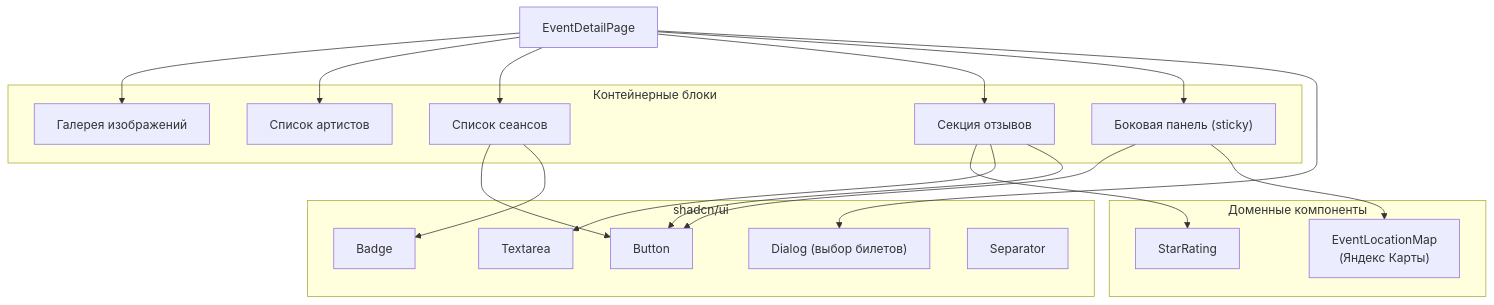
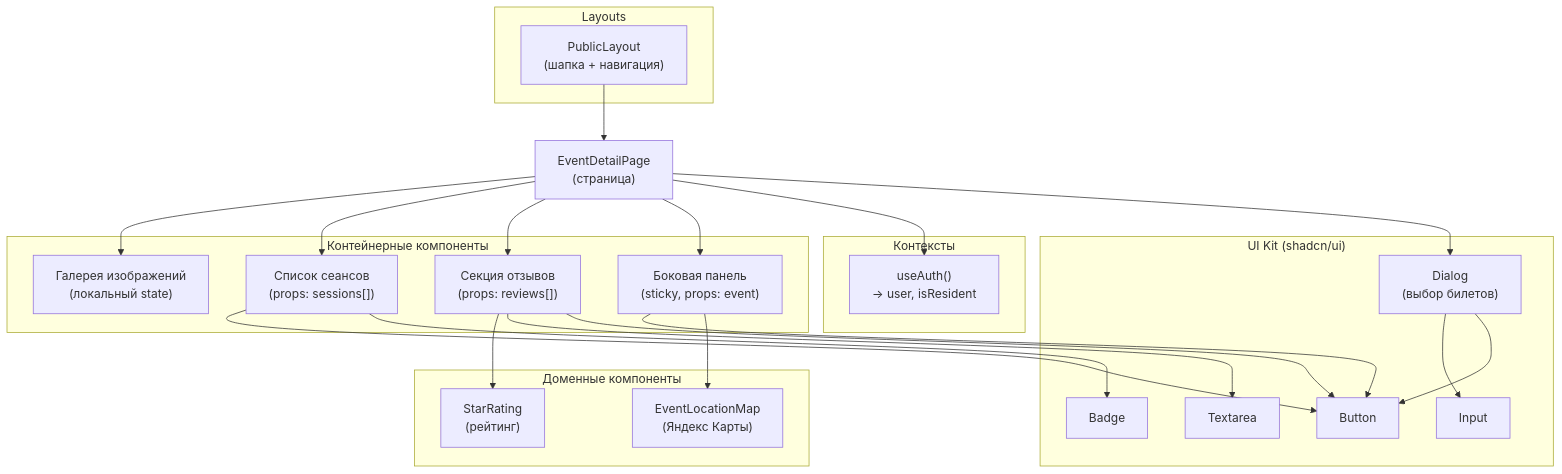
Diagram 13 of 14 in diplom/diplom.md (akarui-shi/festival-app), drawn with Mermaid before and after one commit. The commit also changed other lines of this file, not shown here.

````diff
--- a/diplom/diplom.md
+++ b/diplom/diplom.md
@@ -1705,31 +1949,51 @@
 ```mermaid
 graph TD
-    EventDetailPage["EventDetailPage"]
+  EventDetailPage["EventDetailPage\n(страница)"]
 
-    subgraph "Контейнерные блоки"
-        Gallery["Галерея изображений"]
-        ArtistList["Список артистов"]
-        SessionList["Список сеансов"]
-        ReviewSection["Секция отзывов"]
-        SidePanel["Боковая панель (sticky)"]
-    end
+  subgraph "Layouts"
+    PublicLayout["PublicLayout\n(шапка + навигация)"]
+  end
 
-    subgraph "shadcn/ui"
-        Button["Button"]
-        Badge["Badge"]
-        Dialog["Dialog (выбор билетов)"]
-        Textarea["Textarea"]
-        Separator["Separator"]
-    end
+  subgraph "Контейнерные компоненты"
+    Gallery["Галерея изображений\n(локальный state)"]
+    SessionList["Список сеансов\n(props: sessions[])"]
+    ReviewSection["Секция отзывов\n(props: reviews[])"]
+    SidePanel["Боковая панель\n(sticky, props: event)"]
+  end
 
-    subgraph "Доменные компоненты"
-        StarRating["StarRating"]
-        EventLocationMap["EventLocationMap\n(Яндекс Карты)"]
-    end
+  subgraph "UI Kit (shadcn/ui)"
+    Button["Button"]
+    Badge["Badge"]
+    Dialog["Dialog\n(выбор билетов)"]
+    Input["Input"]
+    Textarea["Textarea"]
+  end
 
-    EventDetailPage --> Gallery & ArtistList & SessionList & ReviewSection & SidePanel
-    SessionList --> Button & Badge
-    ReviewSection --> StarRating & Textarea & Button
-    SidePanel --> Button & EventLocationMap
-    EventDetailPage --> Dialog
+  subgraph "Доменные компоненты"
+    StarRating["StarRating\n(рейтинг)"]
+    EventLocationMap["EventLocationMap\n(Яндекс Карты)"]
+  end
+
+  subgraph "Контексты"
+    AuthCtx["useAuth()\n→ user, isResident"]
+  end
+
+  PublicLayout --> EventDetailPage
+  EventDetailPage --> Gallery
+  EventDetailPage --> SessionList
+  EventDetailPage --> ReviewSection
+  EventDetailPage --> SidePanel
+  EventDetailPage --> AuthCtx
+
+  SessionList --> Button
+  SessionList --> Badge
+  ReviewSection --> StarRating
+  ReviewSection --> Textarea
+  ReviewSection --> Button
+  SidePanel --> Button
+  SidePanel --> EventLocationMap
+  EventDetailPage --> Dialog
+  Dialog --> Input
+  Dialog --> Button
+
 ```
````
